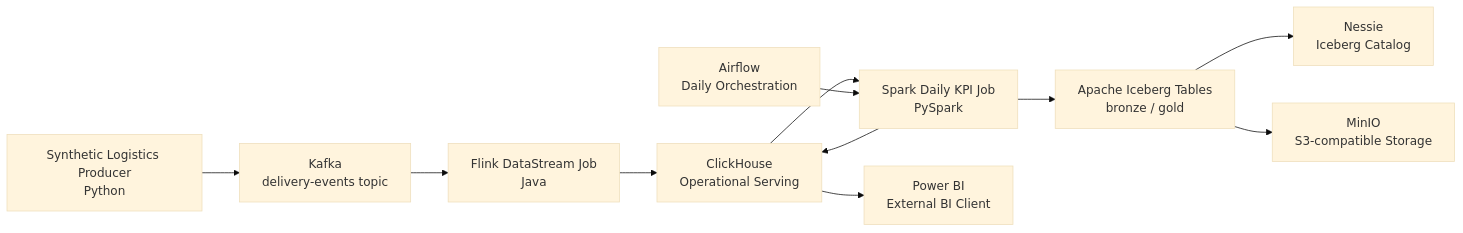
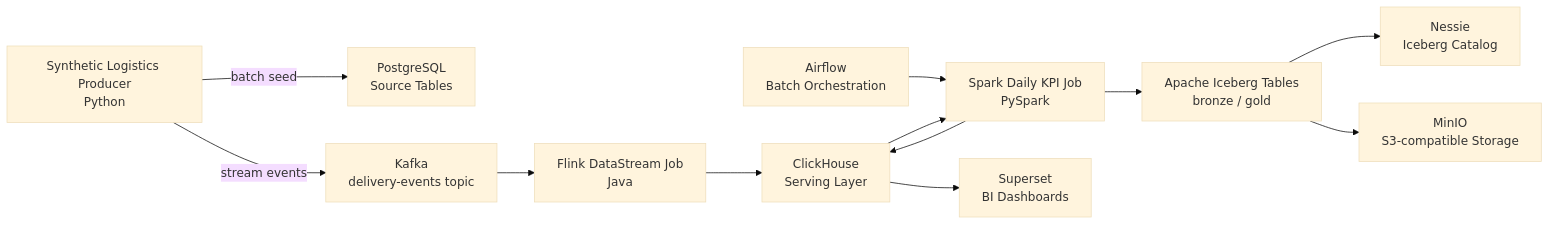
Before and after one commit to VugarMammadov87/deliveryflow-project: the first of 4 diagrams in README.md, drawn with Mermaid (base theme). The commit also changed other lines of this file and 23 other files, not shown here.

Commit message:
Add Superset serving and expand delivery pipelines

````diff
--- a/README.md
+++ b/README.md
@@ -25,24 +57,26 @@
 ```mermaid
 flowchart LR
     producer["Synthetic Logistics Producer<br/>Python"]
+    postgres["PostgreSQL<br/>Source Tables"]
     kafka["Kafka<br/>delivery-events topic"]
     flink["Flink DataStream Job<br/>Java"]
-    clickhouse["ClickHouse<br/>Operational Serving"]
+    clickhouse["ClickHouse<br/>Serving Layer"]
     spark["Spark Daily KPI Job<br/>PySpark"]
+    iceberg["Apache Iceberg Tables<br/>bronze / gold"]
+    nessie["Nessie<br/>Iceberg Catalog"]
     minio["MinIO<br/>S3-compatible Storage"]
-    nessie["Nessie<br/>Iceberg Catalog"]
-    iceberg["Apache Iceberg Tables<br/>bronze / gold"]
-    airflow["Airflow<br/>Daily Orchestration"]
-    powerbi["Power BI<br/>External BI Client"]
+    airflow["Airflow<br/>Batch Orchestration"]
+    superset["Superset<br/>BI Dashboards"]
 
-    producer --> kafka
+    producer -->|batch seed| postgres
+    producer -->|stream events| kafka
     kafka --> flink
     flink --> clickhouse
+    airflow --> spark
     clickhouse --> spark
-    airflow --> spark
     spark --> iceberg
     iceberg --> nessie
     iceberg --> minio
     spark --> clickhouse
-    clickhouse --> powerbi
+    clickhouse --> superset
 ```
````
